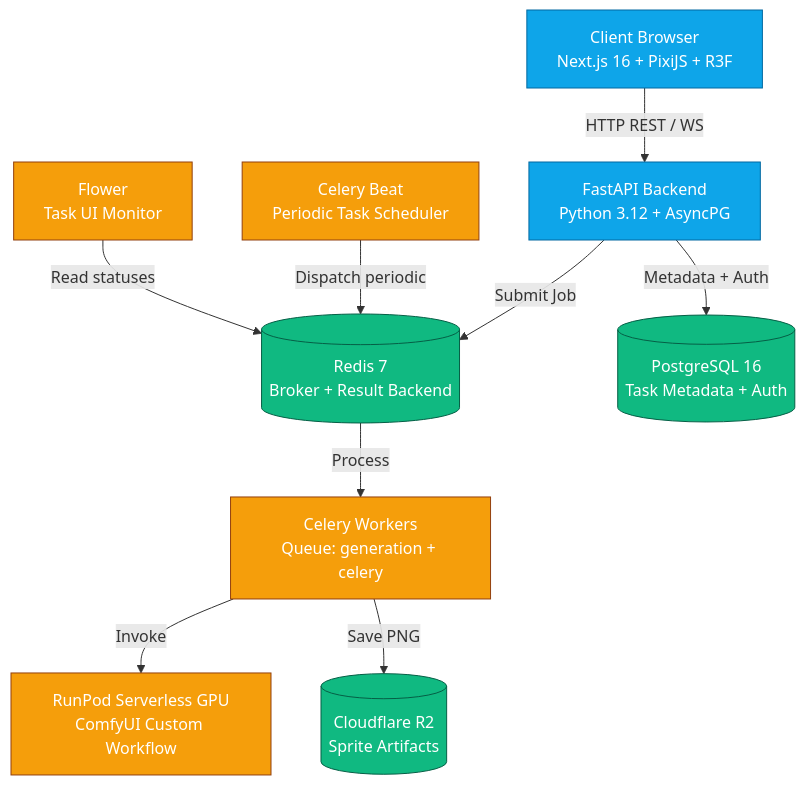
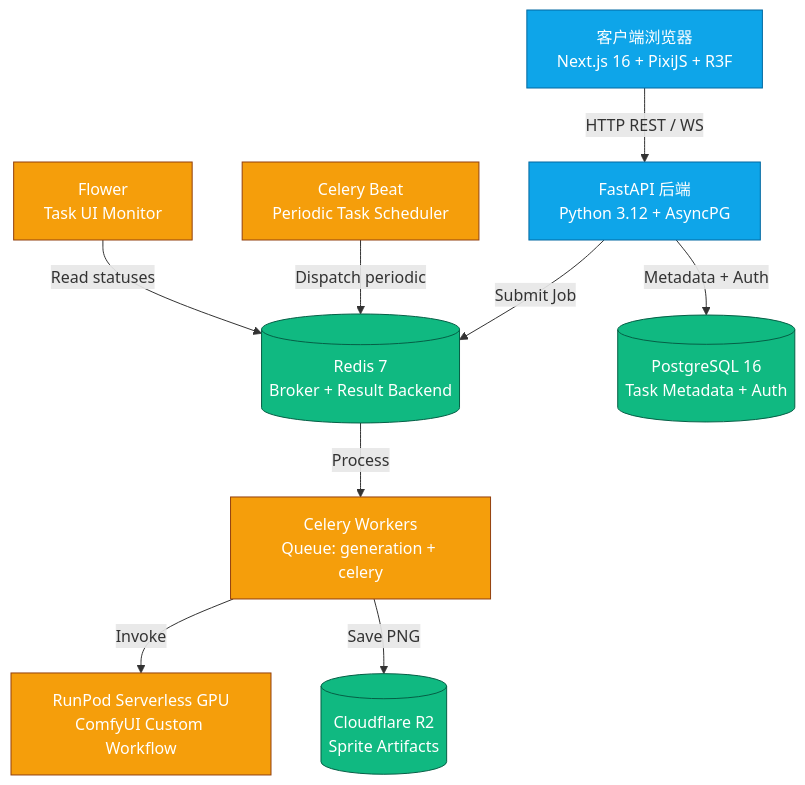
One commit to MeiSiristhebest/pixelForge changed the diagram in README.md. Above: the diagram before and after it, drawn with Mermaid. The commit also changed other lines of this file, not shown here.

````diff
--- a/README.md
+++ b/README.md
@@ -244,28 +244,28 @@
 ```mermaid
 graph TD
-    C["Client Browser\nNext.js 16 + PixiJS + R3F"]
-    F["FastAPI Backend\nPython 3.12 + AsyncPG"]
+    C["客户端浏览器\nNext.js 16 + PixiJS + R3F"]
+    F["FastAPI 后端\nPython 3.12 + AsyncPG"]
     R[("Redis 7\nBroker + Result Backend")]
     W["Celery Workers\nQueue: generation + celery"]
     B["Celery Beat\nPeriodic Task Scheduler"]
     FL["Flower\nTask UI Monitor"]
     AI["RunPod Serverless GPU\nComfyUI Custom Workflow"]
     S3[("Cloudflare R2\nSprite Artifacts")]
     PG[("PostgreSQL 16\nTask Metadata + Auth")]
 
     C -- "HTTP REST / WS" --> F
     F -- "Submit Job" --> R
     R -- "Process" --> W
     W -- "Invoke" --> AI
     W -- "Save PNG" --> S3
     F -- "Metadata + Auth" --> PG
     B -- "Dispatch periodic" --> R
     FL -- "Read statuses" --> R
 
     classDef primary fill:#0ea5e9,stroke:#0369a1,color:#fff
     classDef store fill:#10b981,stroke:#065f46,color:#fff
     classDef compute fill:#f59e0b,stroke:#92400e,color:#fff
     class C,F primary
     class R,S3,PG store
     class W,B,FL,AI compute
 ```
````
